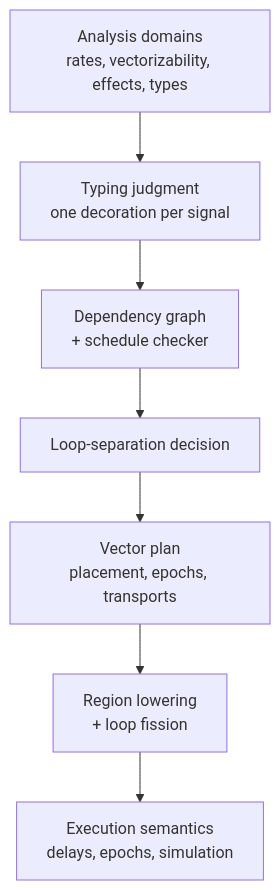
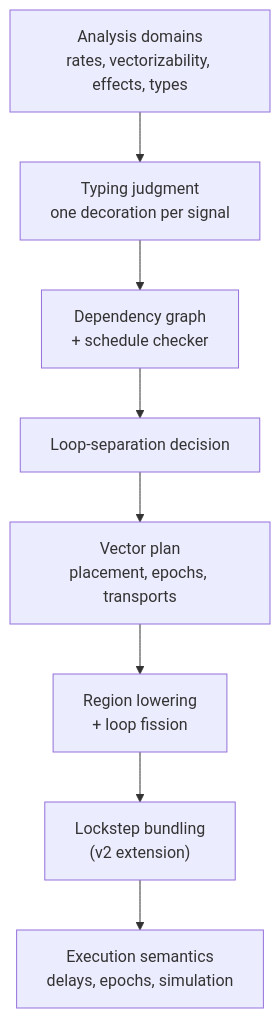
Before and after one commit to shakfu/faust-rs: the diagram in docs/vector-mode-scheduling-formal-spec-guide-en.md, drawn with Mermaid. The commit also changed other lines of this file and 5 other files, not shown here.

First line of the commit message:
Mechanize lockstep bundling in the Lean scheduling spec

````diff
--- a/docs/vector-mode-scheduling-formal-spec-guide-en.md
+++ b/docs/vector-mode-scheduling-formal-spec-guide-en.md
@@ -84,9 +84,10 @@
 ```mermaid
 flowchart TB
   D["Analysis domains<br>rates, vectorizability, effects, types"] --> T["Typing judgment<br>one decoration per signal"]
   T --> G["Dependency graph<br>+ schedule checker"]
   G --> S["Loop-separation decision"]
   S --> P["Vector plan<br>placement, epochs, transports"]
   P --> L["Region lowering<br>+ loop fission"]
-  L --> X["Execution semantics<br>delays, epochs, simulation"]
+  L --> K["Lockstep bundling<br>(v2 extension)"]
+  K --> X["Execution semantics<br>delays, epochs, simulation"]
 ```
````
